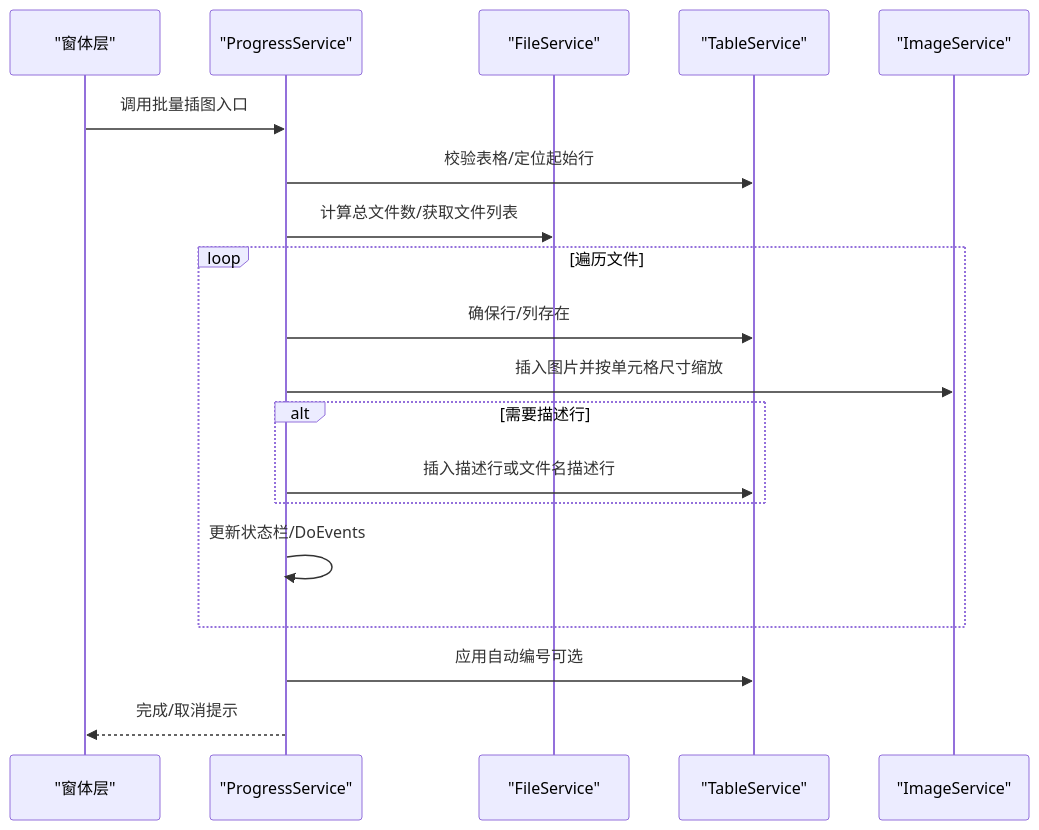
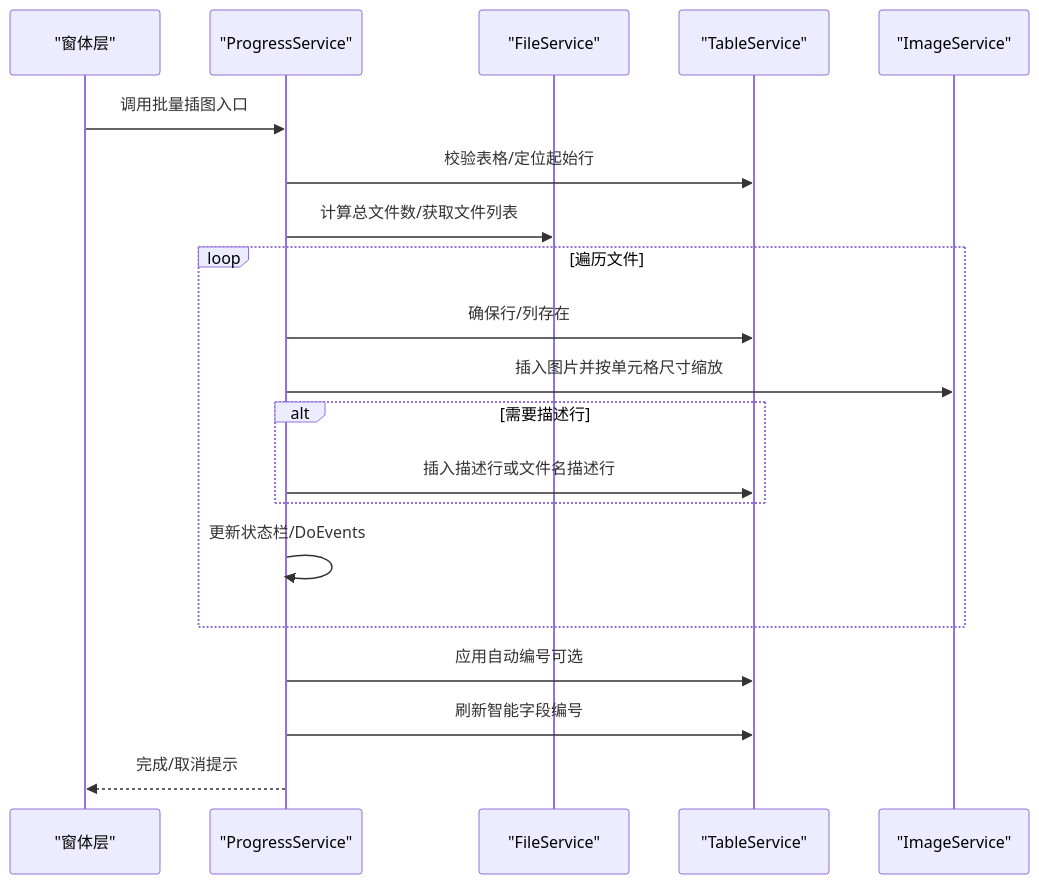
Before and after one commit to rainiva/WordTools: the second of 3 diagrams in .qoder/repowiki/zh/content/服务层/服务层.md, drawn with Mermaid. The commit also changed other lines of this file and 7 other files, not shown here.

````diff
--- a/.qoder/repowiki/zh/content/服务层/服务层.md
+++ b/.qoder/repowiki/zh/content/服务层/服务层.md
@@ -110,21 +110,22 @@
 ```mermaid
 sequenceDiagram
 participant UI as "窗体层"
 participant PS as "ProgressService"
 participant FS as "FileService"
 participant TS as "TableService"
 participant IS as "ImageService"
 UI->>PS : 调用批量插图入口
 PS->>TS : 校验表格/定位起始行
 PS->>FS : 计算总文件数/获取文件列表
 loop 遍历文件
 PS->>TS : 确保行/列存在
 PS->>IS : 插入图片并按单元格尺寸缩放
 alt 需要描述行
 PS->>TS : 插入描述行或文件名描述行
 end
 PS->>PS : 更新状态栏/DoEvents
 end
 PS->>TS : 应用自动编号可选
+PS->>TS : 刷新智能字段编号
 PS-->>UI : 完成/取消提示
 ```
````
